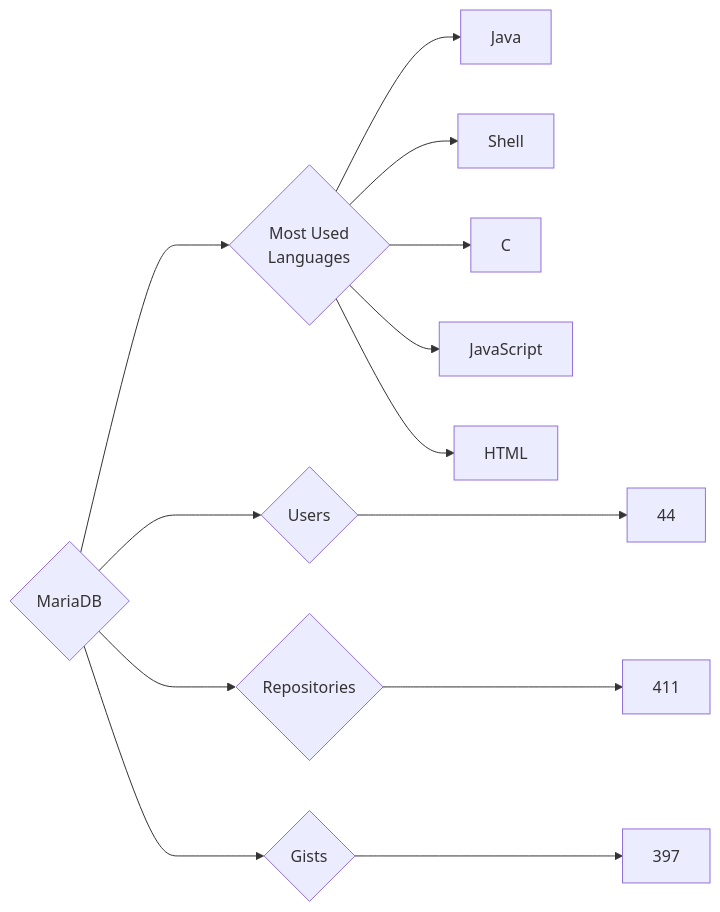
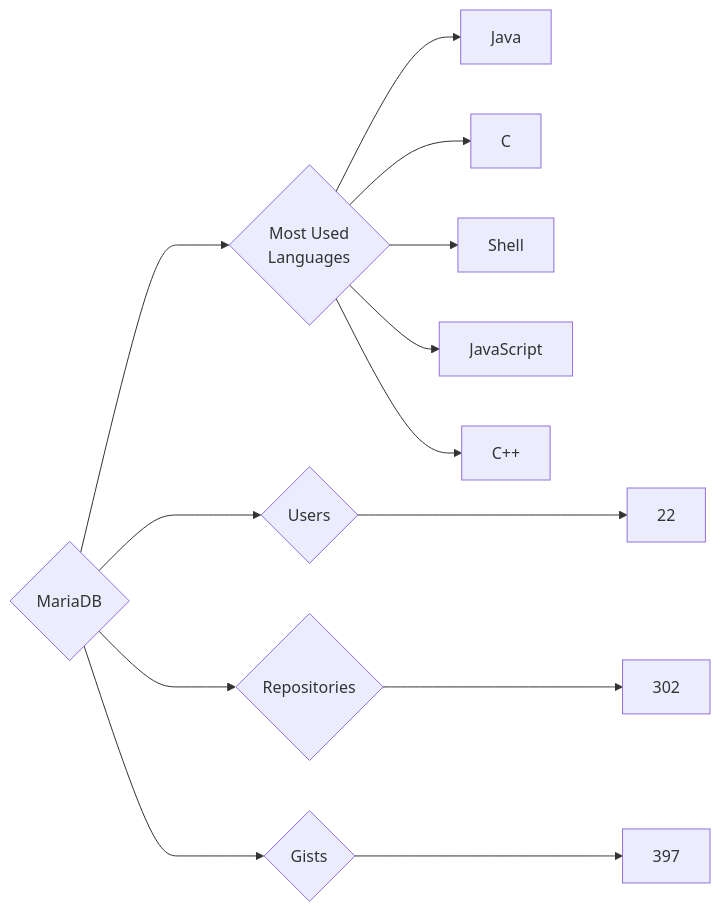
Before and after one commit to trickest/insiders: the diagram in targets/MariaDB/README.md, drawn with Mermaid. The commit also changed 770 other files, not shown here.

````diff
--- a/targets/MariaDB/README.md
+++ b/targets/MariaDB/README.md
@@ -3,13 +3,13 @@
 ```mermaid
 graph LR
 COMPANY_NAME{MariaDB}
-COMPANY_NAME ---> U{Users} ---> UN[44]
-COMPANY_NAME ---> R{Repositories} ---> RN[411]
+COMPANY_NAME ---> U{Users} ---> UN[22]
+COMPANY_NAME ---> R{Repositories} ---> RN[302]
 COMPANY_NAME ---> G{Gists} ---> GN[397]
 COMPANY_NAME ---> ML{Most Used<br>Languages}
 ML --> Java[Java]
+ML --> C[C]
 ML --> Shell[Shell]
-ML --> C[C]
 ML --> JavaScript[JavaScript]
-ML --> HTML[HTML]
+ML --> C++[C++]
 ```
````
